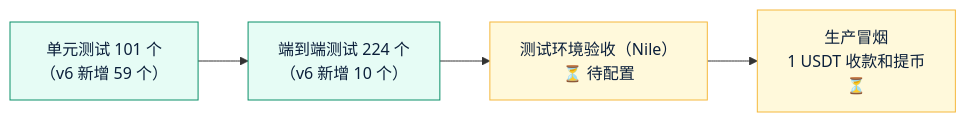
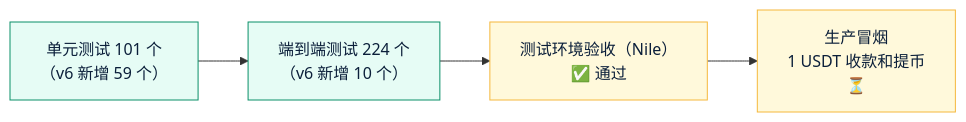
One commit to dollar3651314/amos111 changed the diagram in 测试报告/v6-测试报告.md. Above: the diagram before and after it, drawn with Mermaid. The commit also changed other lines of this file and 2 other files, not shown here.

Commit message:
P15 测试环境验收通过（Amos 2026-09-30）；部署方案增加生产配置步骤（§2.1）
Claude-Session: https://claude.ai/code/session_01DqZbzoT18DBn5qNNenTfcq

````diff
--- a/测试报告/v6-测试报告.md
+++ b/测试报告/v6-测试报告.md
@@ -10,11 +10,11 @@
 ```mermaid
 flowchart LR
     U["单元测试 101 个<br/>（v6 新增 59 个）"] --> E["端到端测试 224 个<br/>（v6 新增 10 个）"]
-    E --> S["测试环境验收（Nile）<br/>⏳ 待配置"]
+    E --> S["测试环境验收（Nile）<br/>✅ 通过"]
     S --> P["生产冒烟<br/>1 USDT 收款和提币<br/>⏳"]
 
     classDef ok fill:#E6FCF5,stroke:#0A8F68,color:#0B1F3A
     classDef wait fill:#FFF9DB,stroke:#F5B83D,color:#0B1F3A
-    class U,E ok
+    class U,E,S ok
     class S,P wait
 ```
````
